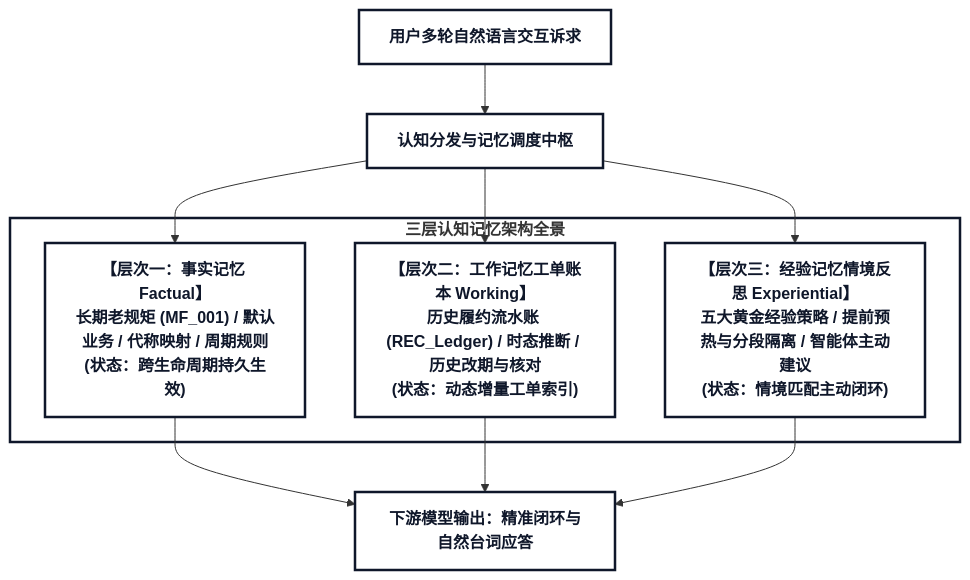
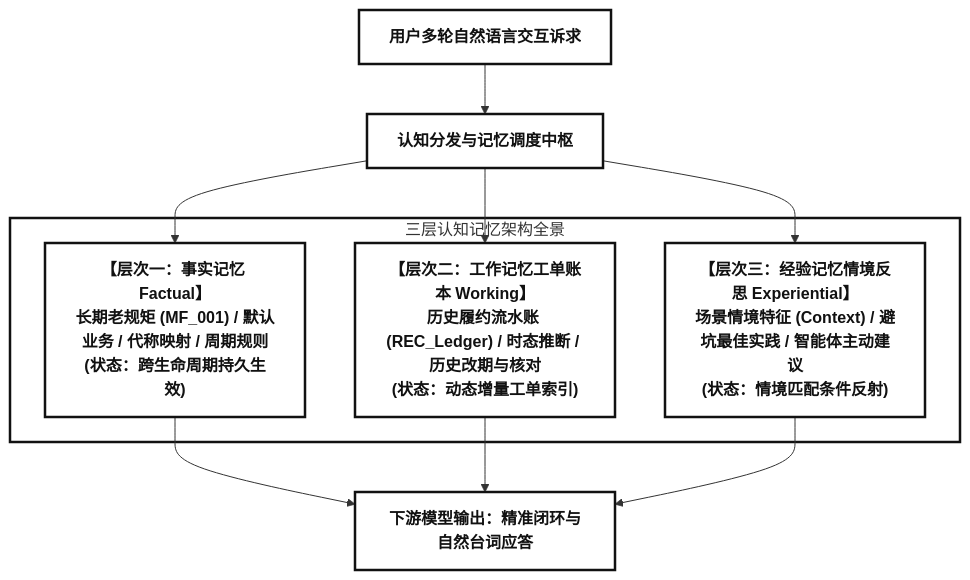
The first of 5 diagrams in docs/archive/memory_evolution_proposal.md (wangbanjin1/cross_data_gen), drawn with Mermaid before and after one commit. The commit also changed other lines of this file and 17 other files, not shown here.

Commit message:
refactor(docs): restore native Antigravity Mermaid rendering, remove self-generated diagrams, and standardize rigorous technical terminology

````diff
--- a/docs/archive/memory_evolution_proposal.md
+++ b/docs/archive/memory_evolution_proposal.md
@@ -17,22 +17,22 @@
 ```mermaid
 graph TD
-    classDef default fill:#FFFFFF,stroke:#0F172A,stroke-width:2.5px,color:#0F172A,font-weight:bold;
+    classDef default fill:#FFFFFF,stroke:#111111,stroke-width:2.5px,color:#111111,font-weight:bold;
 
-    User["<b>用户多轮自然语言交互诉求</b>"] --> Dispatcher["<b>认知分发与记忆调度中枢</b>"]
+    User["用户多轮自然语言交互诉求"] --> Dispatcher["认知分发与记忆调度中枢"]
 
-    subgraph MemoryTiers ["<b>三层认知记忆架构全景</b>"]
-        FM["<b>【层次一：事实记忆 Factual】<br/>长期老规矩 (MF_001) / 默认业务 / 代称映射 / 周期规则<br/>(状态：跨生命周期持久生效)</b>"]
-        WM["<b>【层次二：工作记忆工单账本 Working】<br/>历史履约流水账 (REC_Ledger) / 时态推断 / 历史改期与核对<br/>(状态：动态增量工单索引)</b>"]
-        EM["<b>【层次三：经验记忆情境反思 Experiential】<br/>五大黄金经验策略 / 提前预热与分段隔离 / 智能体主动建议<br/>(状态：情境匹配主动闭环)</b>"]
+    subgraph MemoryTiers ["三层认知记忆架构全景"]
+        FM["【层次一：事实记忆 Factual】<br/>长期老规矩 (MF_001) / 默认业务 / 代称映射 / 周期规则<br/>(状态：跨生命周期持久生效)"]
+        WM["【层次二：工作记忆工单账本 Working】<br/>历史履约流水账 (REC_Ledger) / 时态推断 / 历史改期与核对<br/>(状态：动态增量工单索引)"]
+        EM["【层次三：经验记忆情境反思 Experiential】<br/>场景情境特征 (Context) / 避坑最佳实践 / 智能体主动建议<br/>(状态：情境匹配条件反射)"]
     end
 
     Dispatcher --> FM
     Dispatcher --> WM
     Dispatcher --> EM
 
-    FM --> Output["<b>下游模型输出：精准闭环与自然台词应答</b>"]
+    FM --> Output["下游模型输出：精准闭环与自然台词应答"]
     WM --> Output
     EM --> Output
 
-    style MemoryTiers fill:#FFFFFF,stroke:#0F172A,stroke-width:2.5px;
+    style MemoryTiers fill:#FFFFFF,stroke:#111111,stroke-width:2.5px;
 ```
````
